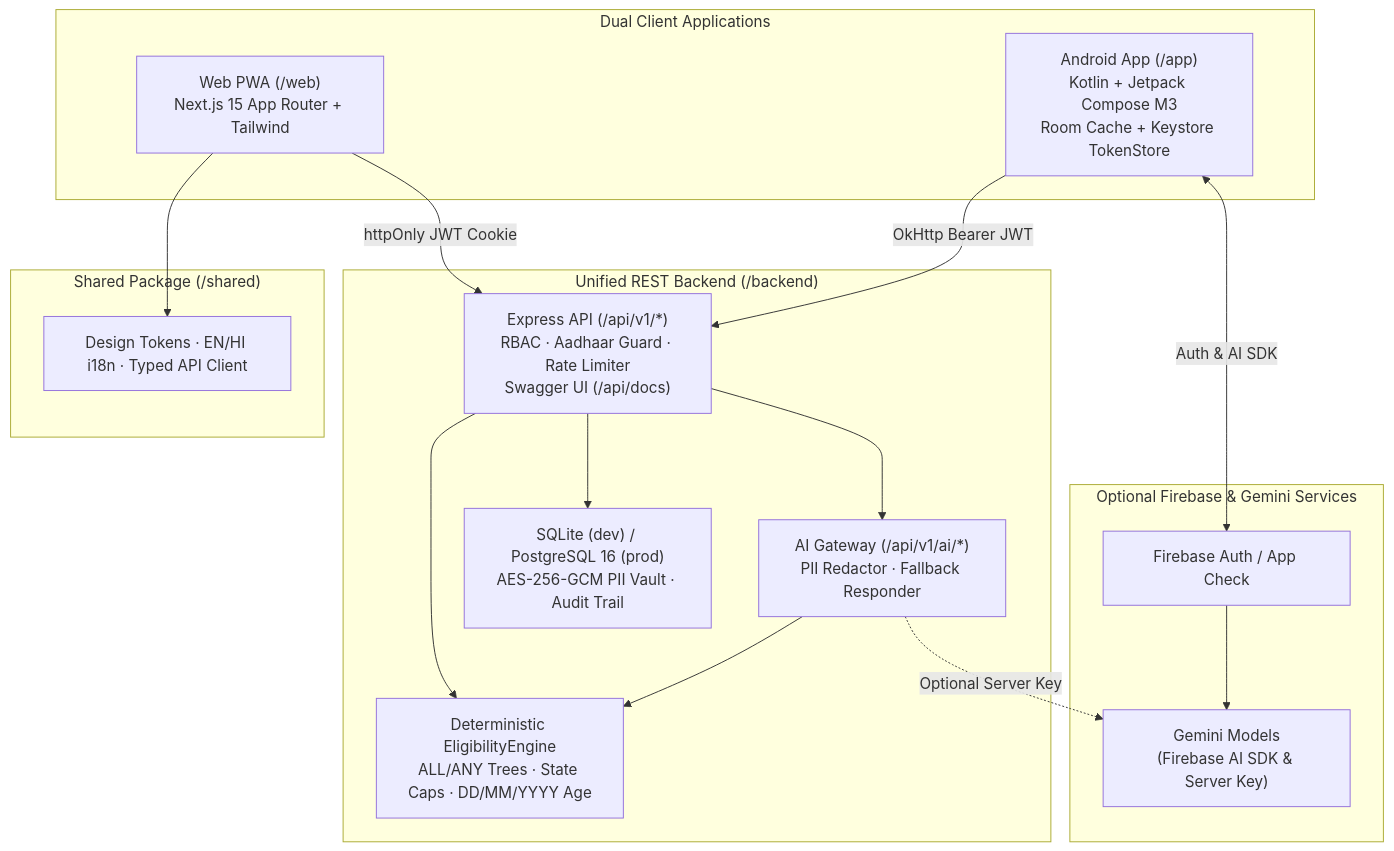
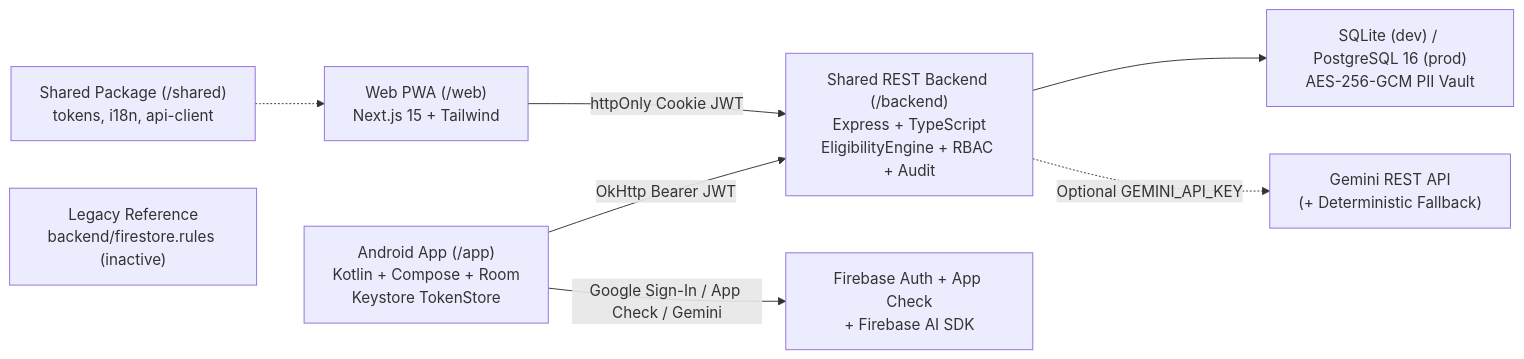
The diagram in README.md (ENTRYDOWN99/scheme-sathi), drawn with Mermaid before and after one commit. The commit also changed other lines of this file and 6 other files, not shown here.

````diff
--- a/README.md
+++ b/README.md
@@ -62,34 +56,11 @@
 ```mermaid
-flowchart TD
-    subgraph Clients ["Dual Client Applications"]
-        WEB["Web PWA (/web)\nNext.js 15 App Router + Tailwind"]
-        AND["Android App (/app)\nKotlin + Jetpack Compose M3\nRoom Cache + Keystore TokenStore"]
-    end
+flowchart LR
+    AND["Android App (/app)<br/>Kotlin + Compose + Room<br/>Keystore TokenStore"] -->|OkHttp Bearer JWT| API["Shared REST Backend (/backend)<br/>Express + TypeScript<br/>EligibilityEngine + RBAC + Audit"]
+    WEB["Web PWA (/web)<br/>Next.js 15 + Tailwind"] -->|httpOnly Cookie JWT| API
+    SH["Shared Package (/shared)<br/>tokens, i18n, api-client"] -.-> WEB
 
-    subgraph Shared ["Shared Package (/shared)"]
-        SH["Design Tokens · EN/HI i18n · Typed API Client"]
-    end
-
-    subgraph Backend ["Unified REST Backend (/backend)"]
-        API["Express API (/api/v1/*)\nRBAC · Aadhaar Guard · Rate Limiter\nSwagger UI (/api/docs)"]
-        ENG["Deterministic EligibilityEngine\nALL/ANY Trees · State Caps · DD/MM/YYYY Age"]
-        DB["SQLite (dev) / PostgreSQL 16 (prod)\nAES-256-GCM PII Vault · Audit Trail"]
-        AISRV["AI Gateway (/api/v1/ai/*)\nPII Redactor · Fallback Responder"]
-    end
-
-    subgraph Cloud ["Optional Firebase & Gemini Services"]
-        FB["Firebase Auth / App Check"]
-        GEM["Gemini Models\n(Firebase AI SDK & Server Key)"]
-    end
-
-    WEB --> SH
-    WEB -->|httpOnly JWT Cookie| API
-    AND -->|OkHttp Bearer JWT| API
-    AND <-->|Auth & AI SDK| FB
-    FB --> GEM
-    API --> ENG
-    API --> DB
-    API --> AISRV
-    AISRV --> ENG
-    AISRV -.->|Optional Server Key| GEM
+    AND -->|Google Sign-In / App Check / Gemini| FB["Firebase Auth + App Check<br/>+ Firebase AI SDK"]
+    API --> DB["SQLite (dev) / PostgreSQL 16 (prod)<br/>AES-256-GCM PII Vault"]
+    API -.->|Optional GEMINI_API_KEY| GEM["Gemini REST API<br/>(+ Deterministic Fallback)"]
+    LEG["Legacy Reference<br/>backend/firestore.rules (inactive)"]
 ```
````
